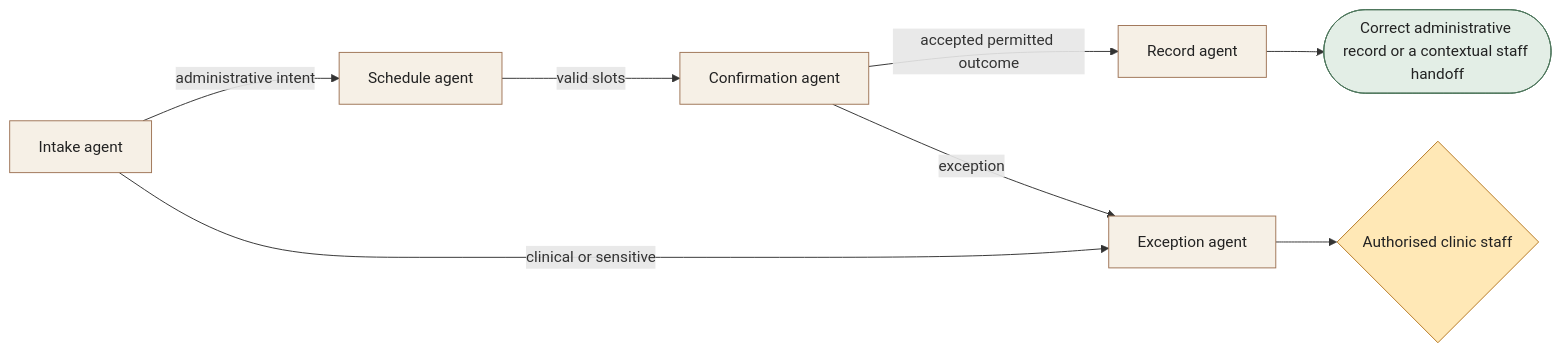
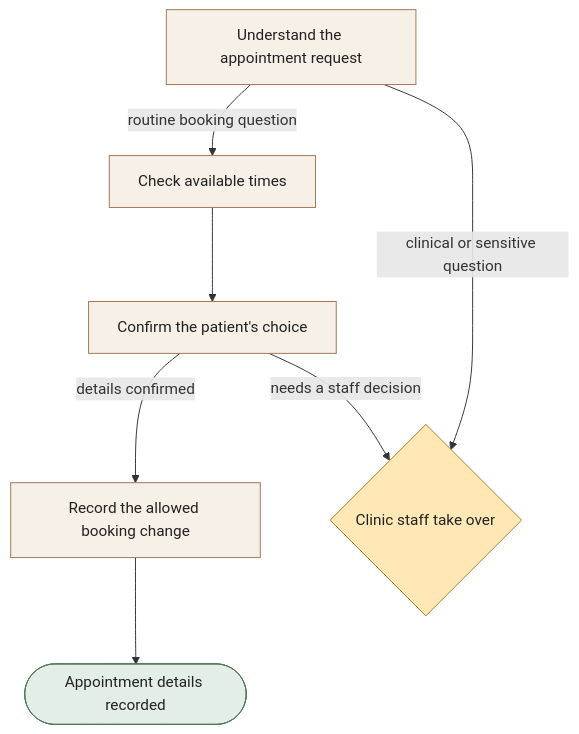
The diagram in docs/workflows/clinics.md (dextee/claude-code-agent-team-guide), drawn with Mermaid before and after one commit. The commit also changed other lines of this file and 28 other files, not shown here.

````diff
--- a/docs/workflows/clinics.md
+++ b/docs/workflows/clinics.md
@@ -21,23 +25,21 @@
 ```mermaid
-flowchart LR
-A["Intake agent"]
-B["Schedule agent"]
-C["Confirmation agent"]
-D["Exception agent"]
-E["Record agent"]
-H{"Authorised clinic staff"}
-O(["Correct administrative record or a contextual staff handoff"])
-A -->|administrative intent| B
-B -->|valid slots| C
-C -->|accepted permitted outcome| E
-E --> O
-A -->|clinical or sensitive| D
-C -->|exception| D
-D --> H
-classDef agent fill:#f6f0e6,stroke:#9f7557,color:#222222
+flowchart TD
+A["Understand the appointment request"]
+B["Check available times"]
+C["Confirm the patient's choice"]
+D["Record the allowed booking change"]
+H{"Clinic staff take over"}
+O(["Appointment details recorded"])
+A -->|routine booking question| B
+B --> C
+C -->|details confirmed| D
+D --> O
+A -->|clinical or sensitive question| H
+C -->|needs a staff decision| H
+classDef assistant fill:#f6f0e6,stroke:#9f7557,color:#222222
 classDef human fill:#ffe8b6,stroke:#b57821,color:#222222
 classDef outcome fill:#e3eee6,stroke:#4e775c,color:#222222
-class A,B,C,D,E agent
+class A,B,C,D assistant
 class H human
 class O outcome
 ```
````
